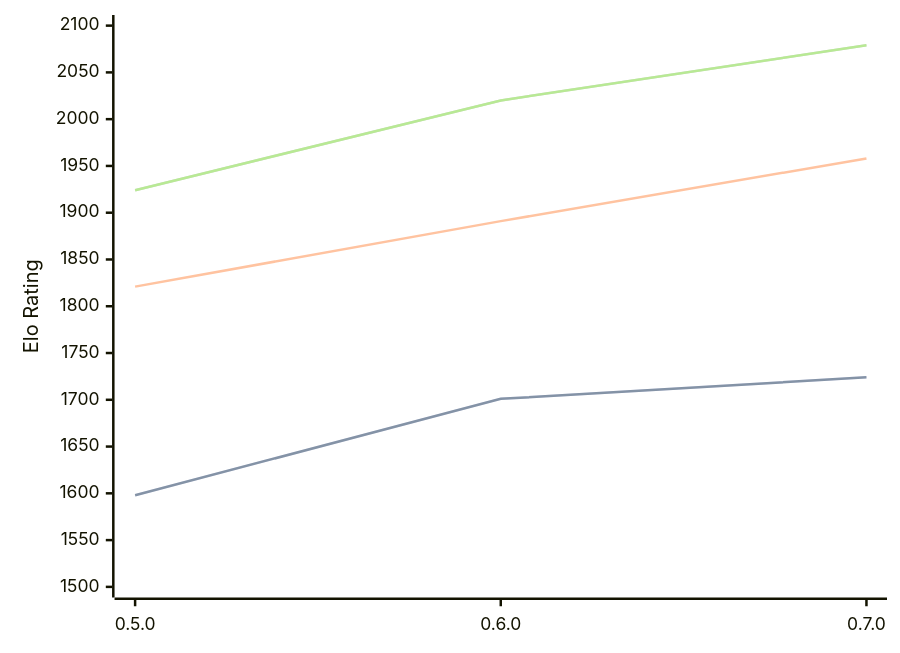
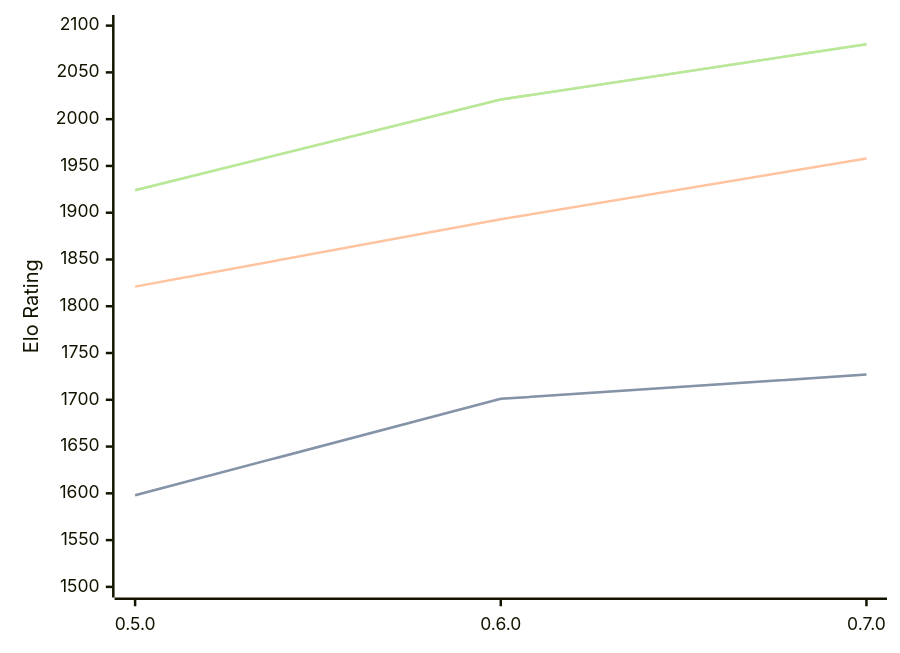
Before and after one commit to computer-chess-index/cci: the diagram in engines/Chess-rs.md, drawn with Mermaid. The commit also changed other lines of this file, not shown here.

Commit message:
Update CCI Ratings (ELO VLTC) - 2026-05-06

````diff
--- a/engines/Chess-rs.md
+++ b/engines/Chess-rs.md
@@ -41,11 +41,11 @@
 ```mermaid
 %%{init: {"theme":"base","themeVariables":{"seriesColors:['#a3a3a3','#222221','#faa371']}}}%%
 xychart-beta
   x-axis ["0.5.0", "0.6.0", "0.7.0"]
   y-axis "Elo Rating" 1500 --> 2100
-  line "STC (8.0+0.08s)" [1598, 1701, 1724]
-  line "STC (8.0+0.08s)" [1598, 1701, 1724]
-  line "LTC (60.0+0.60s)" [1821, 1891, 1958]
-  line "VLTC (2m24s+1.12s)" [1924, 2020, 2079]
-  line "VLTC (2m24s+1.12s)" [1924, 2020, 2079]
+  line "STC (8.0+0.08s)" [1598, 1701, 1727]
+  line "STC (8.0+0.08s)" [1598, 1701, 1727]
+  line "LTC (60.0+0.60s)" [1821, 1893, 1958]
+  line "VLTC (2m24s+1.12s)" [1924, 2021, 2080]
+  line "VLTC (2m24s+1.12s)" [1924, 2021, 2080]
 ```
````
